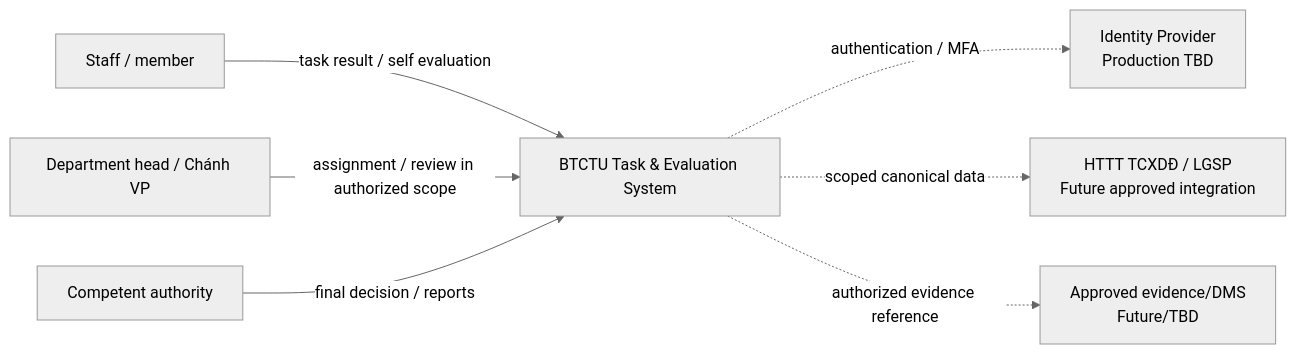
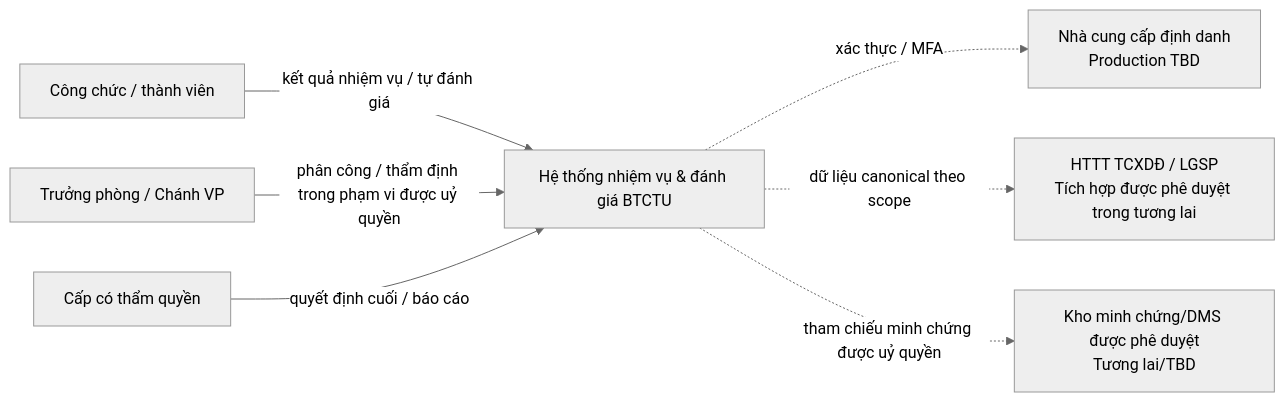
Before and after one commit to chotr/BTCTU: the first of 2 diagrams in docs/04-system-design/context.md, drawn with Mermaid (neutral theme). The commit also changed other lines of this file and 48 other files, not shown here.

````diff
--- a/docs/04-system-design/context.md
+++ b/docs/04-system-design/context.md
@@ -5,17 +5,17 @@
 ```mermaid
 flowchart LR
-  STAFF["Staff / member"]
-  HEAD["Department head / Chánh VP"]
-  AUTH["Competent authority"]
-  APP["BTCTU Task & Evaluation System"]
-  IDP["Identity Provider\nProduction TBD"]
-  TCXDD["HTTT TCXDĐ / LGSP\nFuture approved integration"]
-  DMS["Approved evidence/DMS\nFuture/TBD"]
+  STAFF["Công chức / thành viên"]
+  HEAD["Trưởng phòng / Chánh VP"]
+  AUTH["Cấp có thẩm quyền"]
+  APP["Hệ thống nhiệm vụ & đánh giá BTCTU"]
+  IDP["Nhà cung cấp định danh\nProduction TBD"]
+  TCXDD["HTTT TCXDĐ / LGSP\nTích hợp được phê duyệt trong tương lai"]
+  DMS["Kho minh chứng/DMS được phê duyệt\nTương lai/TBD"]
 
-  STAFF -->|"task result / self evaluation"| APP
-  HEAD -->|"assignment / review in authorized scope"| APP
-  AUTH -->|"final decision / reports"| APP
-  APP -. "authentication / MFA" .-> IDP
-  APP -. "scoped canonical data" .-> TCXDD
-  APP -. "authorized evidence reference" .-> DMS
+  STAFF -->|"kết quả nhiệm vụ / tự đánh giá"| APP
+  HEAD -->|"phân công / thẩm định trong phạm vi được uỷ quyền"| APP
+  AUTH -->|"quyết định cuối / báo cáo"| APP
+  APP -. "xác thực / MFA" .-> IDP
+  APP -. "dữ liệu canonical theo scope" .-> TCXDD
+  APP -. "tham chiếu minh chứng được uỷ quyền" .-> DMS
 ```
````
